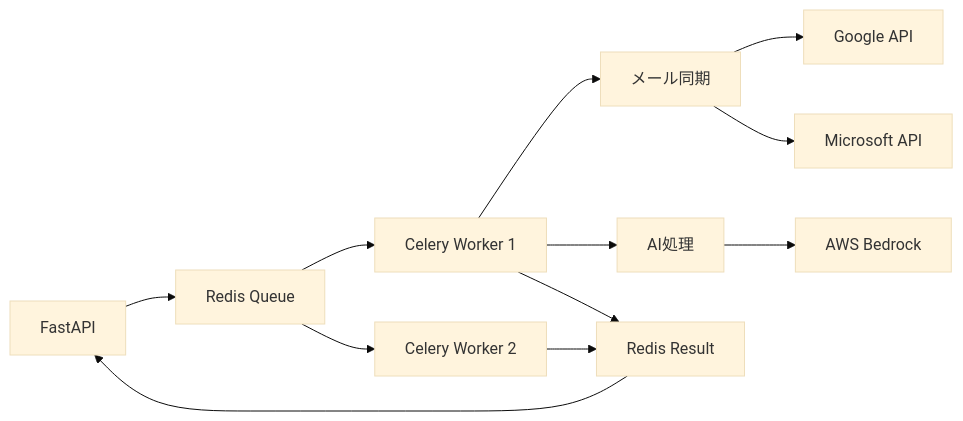
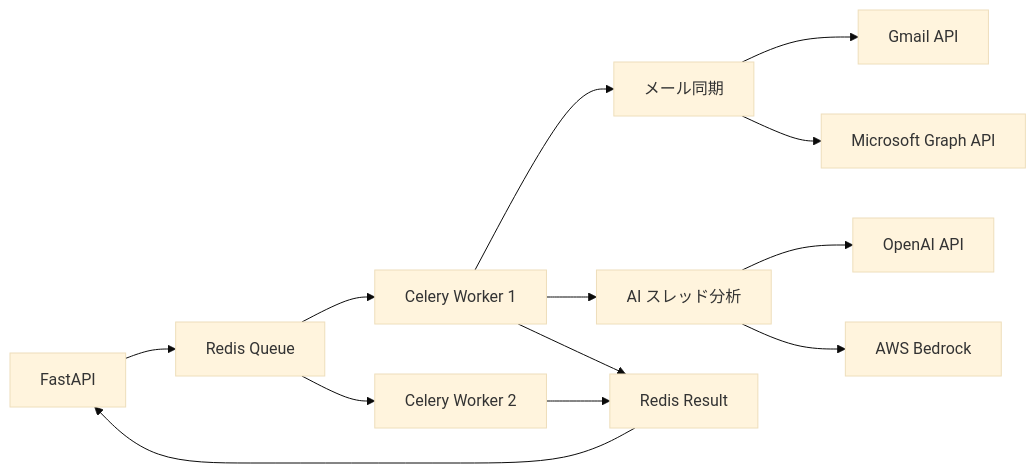
The sixth of 7 diagrams in docs/design.md (CafeIT25/pmo-agent), drawn with Mermaid (base theme) before and after one commit. The commit also changed other lines of this file and 29 other files, not shown here.

````diff
--- a/docs/design.md
+++ b/docs/design.md
@@ -717,18 +724,19 @@
 ```mermaid
 graph LR
     API[FastAPI] --> Queue[Redis Queue]
     Queue --> Worker1[Celery Worker 1]
     Queue --> Worker2[Celery Worker 2]
     
     Worker1 --> MailSync[メール同期]
-    Worker1 --> AIProcess[AI処理]
+    Worker1 --> AIThread[AI スレッド分析]
     
-    MailSync --> Google[Google API]
-    MailSync --> MS[Microsoft API]
-    AIProcess --> Bedrock[AWS Bedrock]
+    MailSync --> Gmail[Gmail API]
+    MailSync --> Graph[Microsoft Graph API]
+    AIThread --> OpenAI[OpenAI API]
+    AIThread --> Bedrock[AWS Bedrock]
     
     Worker1 --> Result[Redis Result]
     Worker2 --> Result
     
     Result --> API
 ```
````
